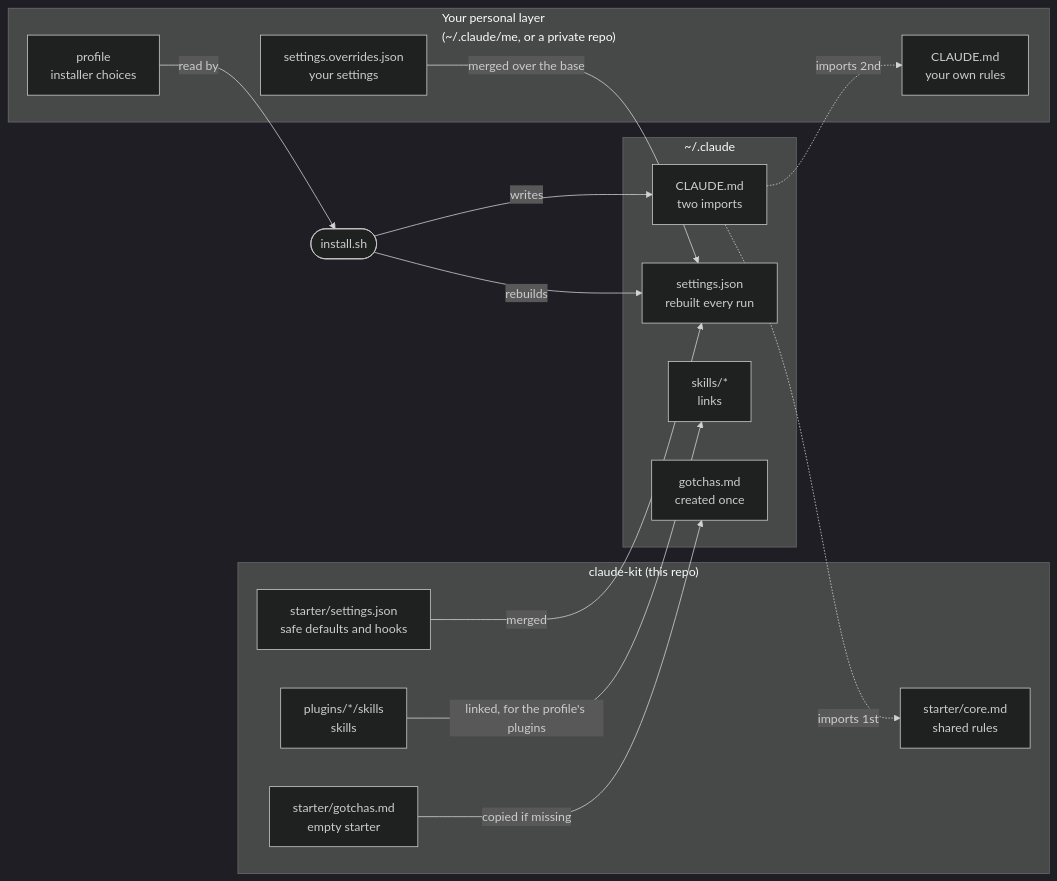
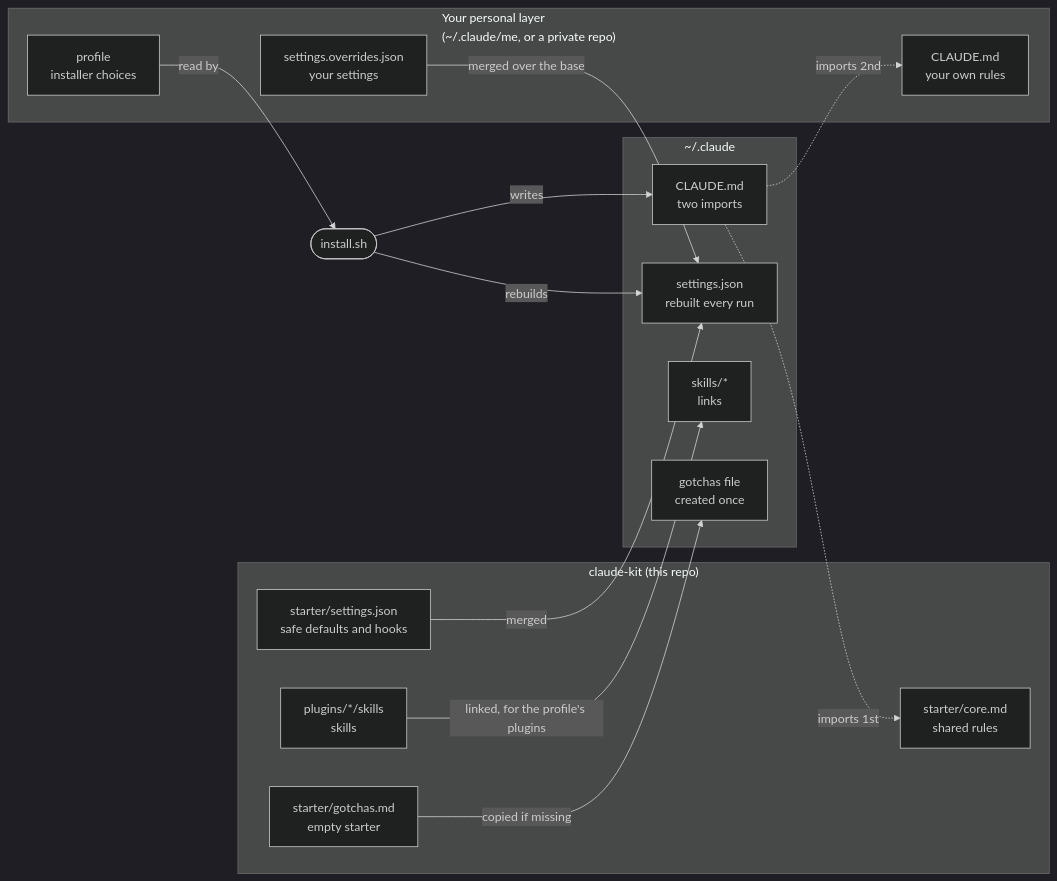
One commit to mihiarc/claude-kit changed the diagram in README.md. Above: the diagram before and after it, drawn with Mermaid (dark theme). The commit also changed other lines of this file, not shown here.

Commit message:
README: add the purpose's constraint; review fixes
Claude-Session: https://claude.ai/code/session_01WrWRGTBHunZX95srUERcsq

````diff
--- a/README.md
+++ b/README.md
@@ -74,30 +74,30 @@
 ```mermaid
 flowchart LR
   subgraph kit["claude-kit (this repo)"]
     core["starter/core.md<br/>shared rules"]
     base["starter/settings.json<br/>safe defaults and hooks"]
     plugins["plugins/*/skills<br/>skills"]
     gstart["starter/gotchas.md<br/>empty starter"]
   end
   subgraph me["Your personal layer<br/>(~/.claude/me, or a private repo)"]
     prof["profile<br/>installer choices"]
     mine["CLAUDE.md<br/>your own rules"]
     over["settings.overrides.json<br/>your settings"]
   end
   inst(["install.sh"])
   prof -- read by --> inst
   subgraph home["~/.claude"]
     cm["CLAUDE.md<br/>two imports"]
     st["settings.json<br/>rebuilt every run"]
     sk["skills/*<br/>links"]
-    got["gotchas.md<br/>created once"]
+    got["gotchas file<br/>created once"]
   end
   inst -- writes --> cm
   inst -- rebuilds --> st
   base -- merged --> st
   over -- merged over the base --> st
   plugins -- "linked, for the profile's plugins" --> sk
   gstart -- copied if missing --> got
   cm -. "imports 1st" .-> core
   cm -. "imports 2nd" .-> mine
 ```
````
